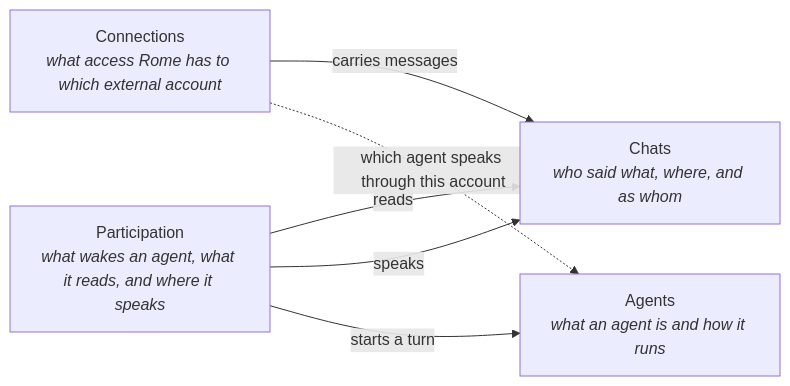
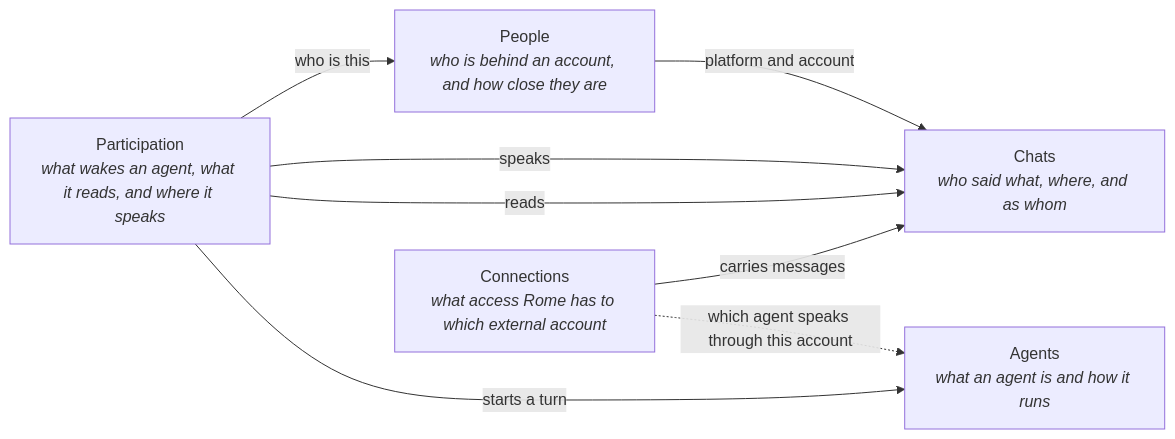
The diagram in docs/domains/README.md (DreamchaserLG/rome), drawn with Mermaid before and after one commit. The commit also changed other lines of this file and 2 other files, not shown here.

First line of the commit message:
docs: record the people language (#1228)

````diff
--- a/docs/domains/README.md
+++ b/docs/domains/README.md
@@ -16,12 +17,15 @@
 ```mermaid
 flowchart LR
     Connections["Connections<br/><i>what access Rome has to which external account</i>"]
     Chats["Chats<br/><i>who said what, where, and as whom</i>"]
     Participation["Participation<br/><i>what wakes an agent, what it reads, and where it speaks</i>"]
     Agents["Agents<br/><i>what an agent is and how it runs</i>"]
+    People["People<br/><i>who is behind an account, and how close they are</i>"]
     Connections -- carries messages --> Chats
     Participation -- reads --> Chats
     Participation -- speaks --> Chats
     Participation -- starts a turn --> Agents
     Connections -. which agent speaks through this account .-> Agents
+    People -- platform and account --> Chats
+    Participation -- who is this --> People
 ```
````
